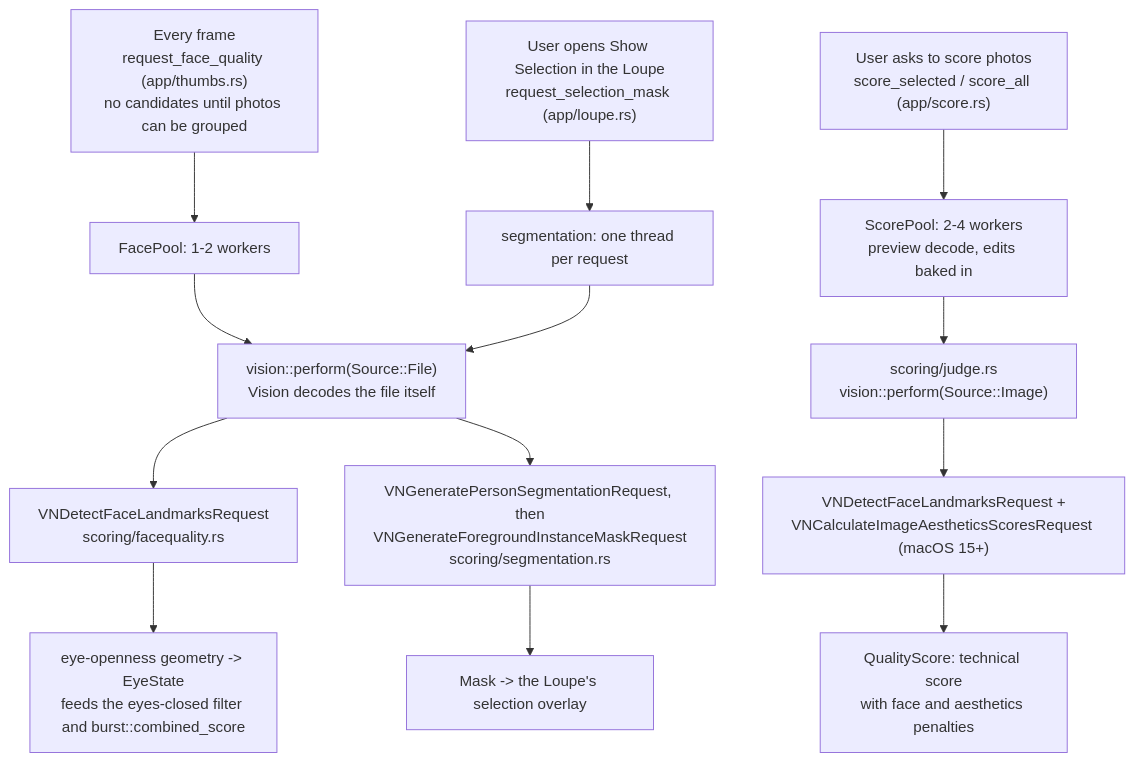
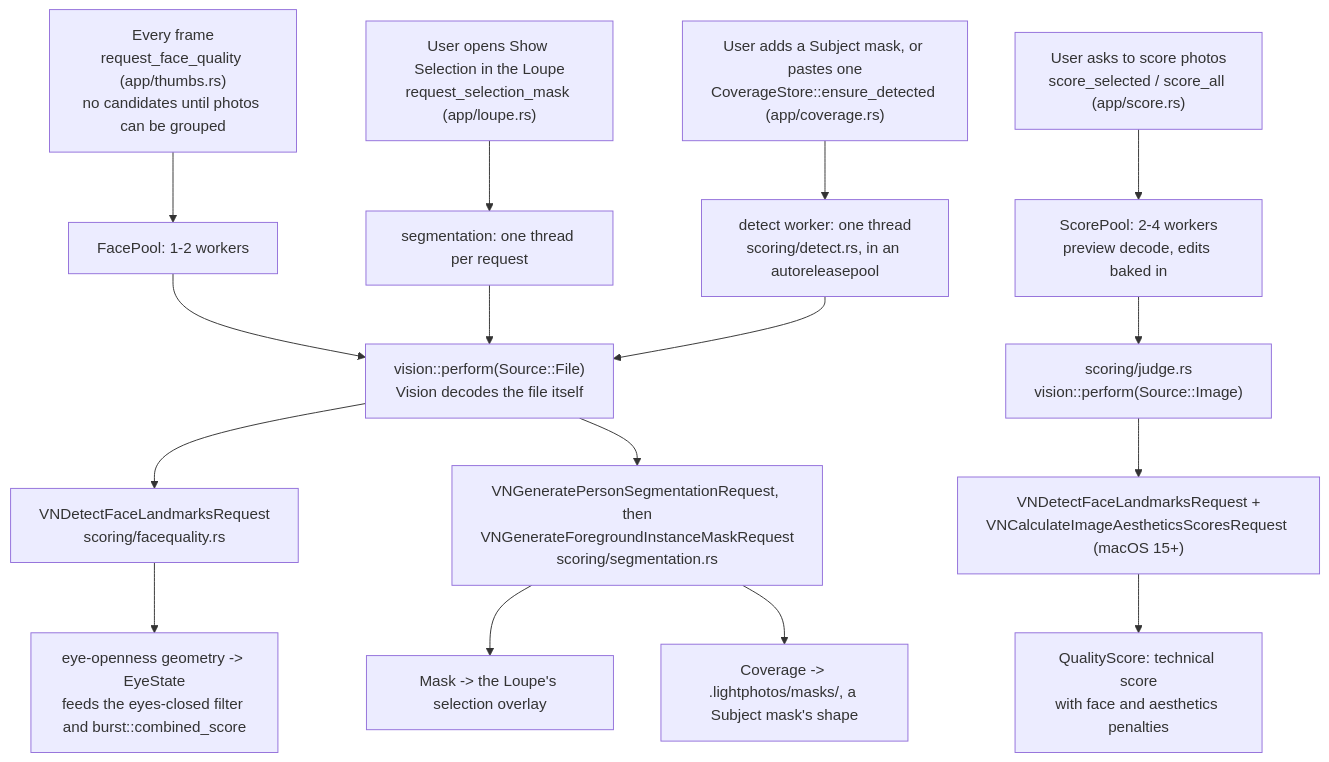
Before and after one commit to andrewyao/lightphotos: the fourth of 4 diagrams in docs/ARCHITECTURE.md, drawn with Mermaid. The commit also changed other lines of this file and 46 other files, not shown here.

First line of the commit message:
feat(masks): Select Subject and Select Sky (#26)

````diff
--- a/docs/ARCHITECTURE.md
+++ b/docs/ARCHITECTURE.md
@@ -308,18 +340,22 @@
 ```mermaid
 flowchart TD
     frame["Every frame\nrequest_face_quality (app/thumbs.rs)\nno candidates until photos can be grouped"]
     sel["User opens Show Selection in the Loupe\nrequest_selection_mask (app/loupe.rs)"]
+    det["User adds a Subject mask, or pastes one\nCoverageStore::ensure_detected (app/coverage.rs)"]
     score["User asks to score photos\nscore_selected / score_all (app/score.rs)"]
     frame --> fpool["FacePool: 1-2 workers"]
     sel --> sthread["segmentation: one thread per request"]
+    det --> dpool["detect worker: one thread\nscoring/detect.rs, in an autoreleasepool"]
     score --> spool["ScorePool: 2-4 workers\npreview decode, edits baked in"]
     fpool --> vfile["vision::perform(Source::File)\nVision decodes the file itself"]
     sthread --> vfile
+    dpool --> vfile
     spool --> vimg["scoring/judge.rs\nvision::perform(Source::Image)"]
     vfile --> fl["VNDetectFaceLandmarksRequest\nscoring/facequality.rs"]
     vfile --> sg["VNGeneratePersonSegmentationRequest, then\nVNGenerateForegroundInstanceMaskRequest\nscoring/segmentation.rs"]
     vimg --> jq["VNDetectFaceLandmarksRequest +\nVNCalculateImageAestheticsScoresRequest (macOS 15+)"]
     fl --> blink["eye-openness geometry -> EyeState\nfeeds the eyes-closed filter and burst::combined_score"]
     sg --> mask["Mask -> the Loupe's selection overlay"]
+    sg --> cov["Coverage -> .lightphotos/masks/, a Subject mask's shape"]
     jq --> qs["QualityScore: technical score\nwith face and aesthetics penalties"]
 ```
````
